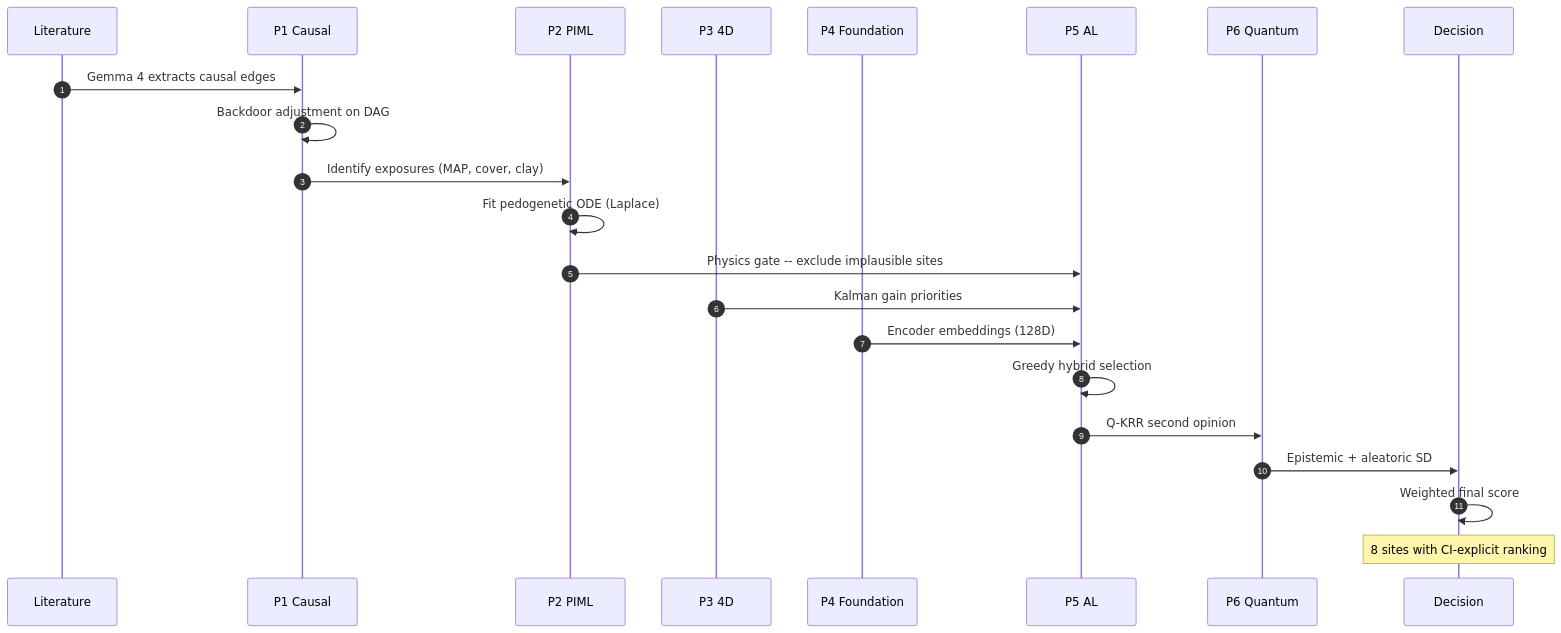
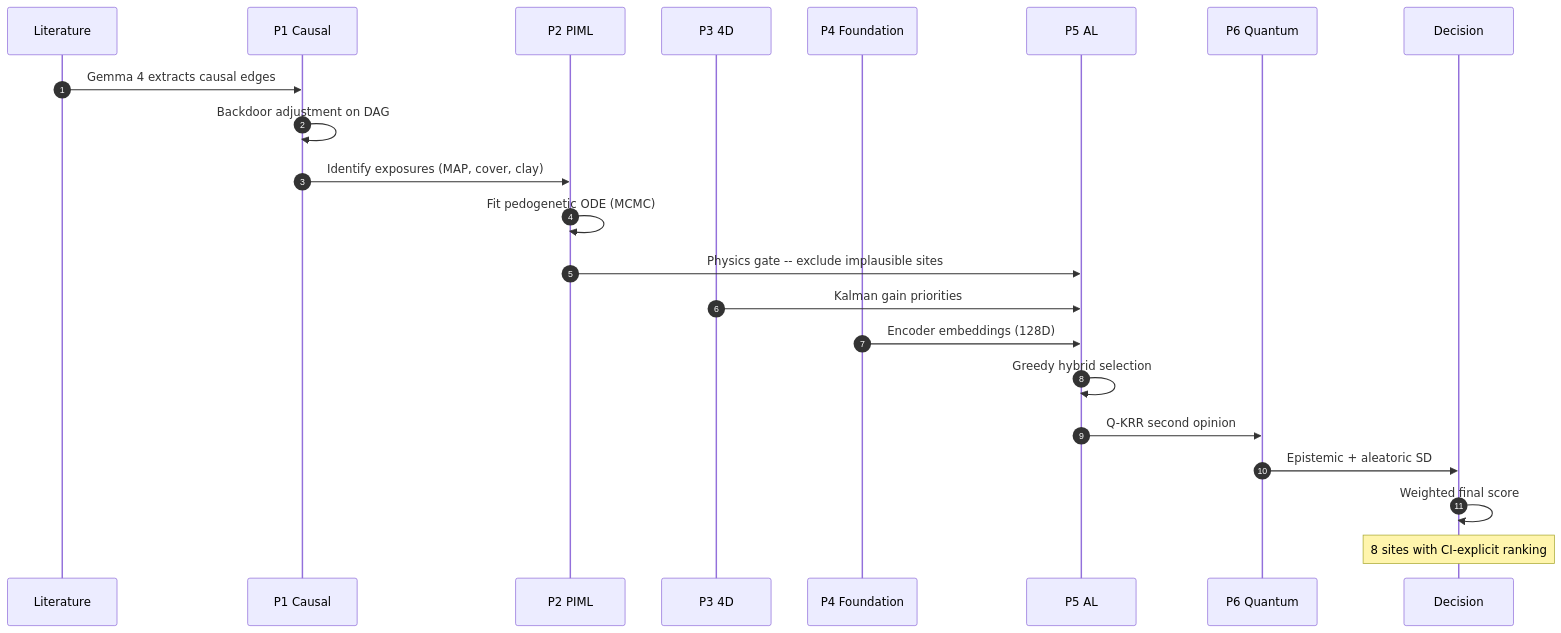
The second of 3 diagrams in README.md (HugoMachadoRodrigues/edaphos), drawn with Mermaid before and after one commit. The commit also changed other lines of this file and 8 other files, not shown here.

````diff
--- a/README.md
+++ b/README.md
@@ -169,25 +169,25 @@
 ```mermaid
 sequenceDiagram
     autonumber
     participant LIT as Literature
     participant P1 as P1 Causal
     participant P2 as P2 PIML
     participant P3 as P3 4D
     participant P4 as P4 Foundation
     participant P5 as P5 AL
     participant P6 as P6 Quantum
     participant DEC as Decision
 
     LIT->>P1: Gemma 4 extracts causal edges
     P1->>P1: Backdoor adjustment on DAG
     P1->>P2: Identify exposures (MAP, cover, clay)
-    P2->>P2: Fit pedogenetic ODE (Laplace)
+    P2->>P2: Fit pedogenetic ODE (MCMC)
     P2->>P5: Physics gate -- exclude implausible sites
     P3->>P5: Kalman gain priorities
     P4->>P5: Encoder embeddings (128D)
     P5->>P5: Greedy hybrid selection
     P5->>P6: Q-KRR second opinion
     P6->>DEC: Epistemic + aleatoric SD
     DEC->>DEC: Weighted final score
     Note over DEC: 8 sites with CI-explicit ranking
 ```
````
